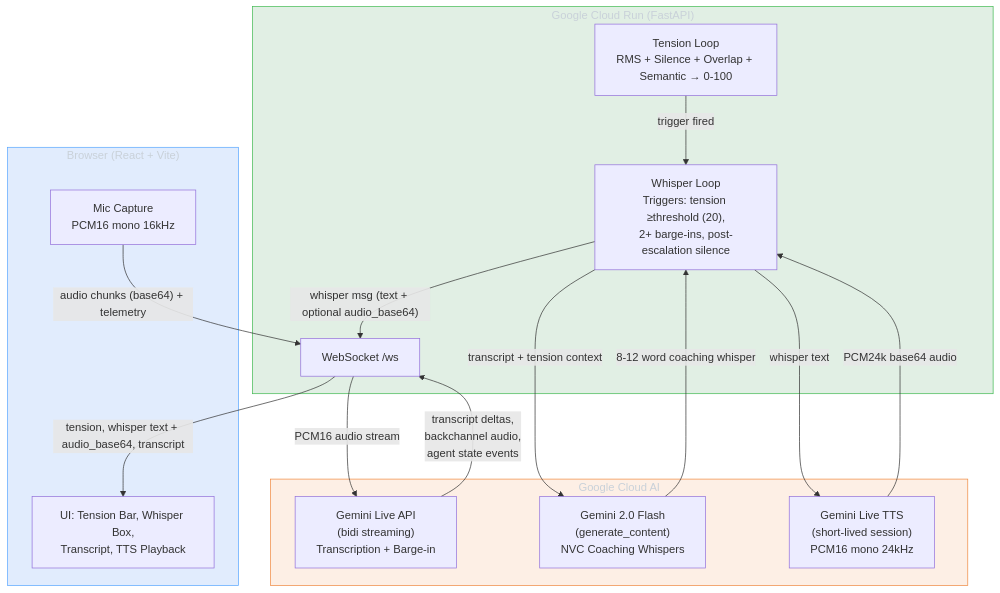
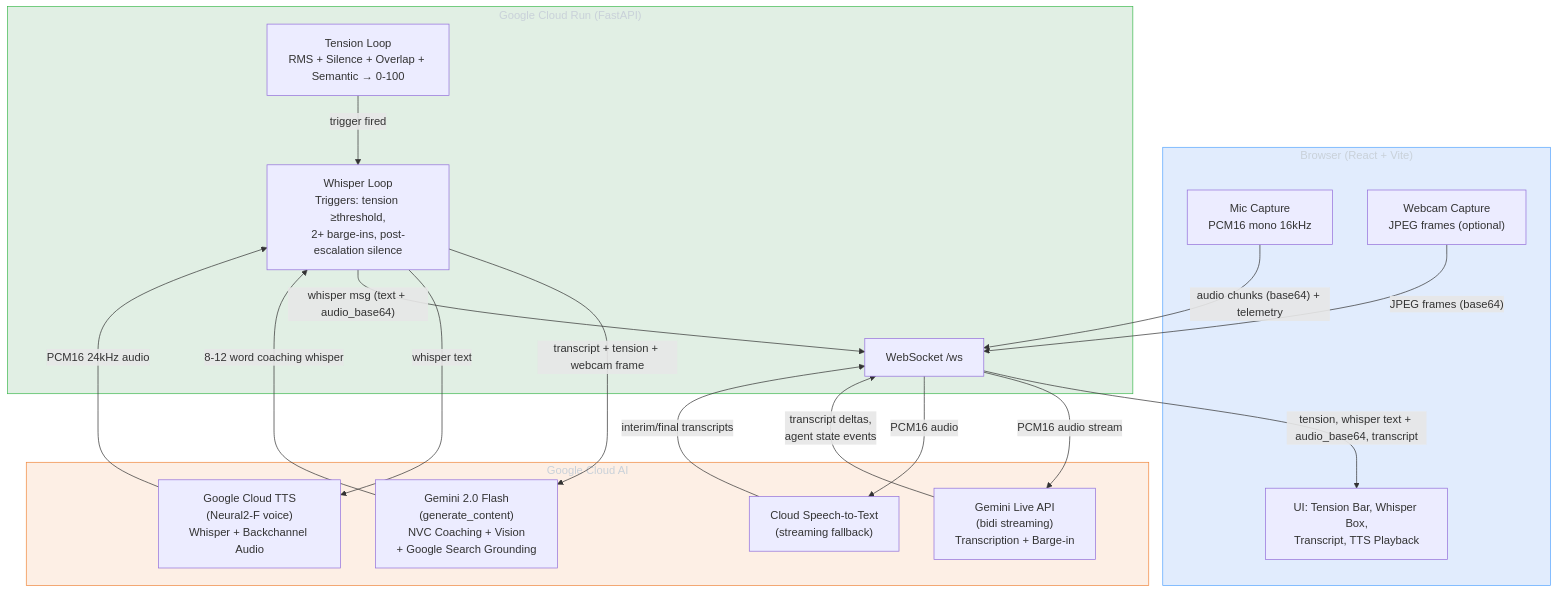
The diagram in docs/ARCHITECTURE.md (prabhakaran-jm/gemini-live-empathic-copilot), drawn with Mermaid before and after one commit. The commit also changed other lines of this file and 4 other files, not shown here.

First line of the commit message:
docs: enable grounding by default, update docs to reflect current architecture

````diff
--- a/docs/ARCHITECTURE.md
+++ b/docs/ARCHITECTURE.md
@@ -5,34 +5,39 @@
 ```mermaid
 graph TB
     subgraph Browser ["Browser (React + Vite)"]
         MIC["Mic Capture<br/>PCM16 mono 16kHz"]
+        CAM["Webcam Capture<br/>JPEG frames (optional)"]
         UI["UI: Tension Bar, Whisper Box,<br/>Transcript, TTS Playback"]
     end
 
     subgraph CloudRun ["Google Cloud Run (FastAPI)"]
         WS["WebSocket /ws"]
         TL["Tension Loop<br/>RMS + Silence + Overlap + Semantic → 0-100"]
-        WL["Whisper Loop<br/>Triggers: tension ≥threshold (20),<br/>2+ barge-ins, post-escalation silence"]
+        WL["Whisper Loop<br/>Triggers: tension ≥threshold,<br/>2+ barge-ins, post-escalation silence"]
     end
 
     subgraph GCP ["Google Cloud AI"]
         LIVE["Gemini Live API<br/>(bidi streaming)<br/>Transcription + Barge-in"]
-        FLASH["Gemini 2.0 Flash<br/>(generate_content)<br/>NVC Coaching Whispers"]
-        LIVETTS["Gemini Live TTS<br/>(short-lived session)<br/>PCM16 mono 24kHz"]
+        FLASH["Gemini 2.0 Flash<br/>(generate_content)<br/>NVC Coaching + Vision<br/>+ Google Search Grounding"]
+        TTS["Google Cloud TTS<br/>(Neural2-F voice)<br/>Whisper + Backchannel Audio"]
+        STT["Cloud Speech-to-Text<br/>(streaming fallback)"]
     end
 
     MIC -- "audio chunks (base64) + telemetry" --> WS
+    CAM -- "JPEG frames (base64)" --> WS
     WS -- "tension, whisper text + audio_base64, transcript" --> UI
     WS -- "PCM16 audio stream" --> LIVE
-    LIVE -- "transcript deltas,<br/>backchannel audio,<br/>agent state events" --> WS
+    LIVE -- "transcript deltas,<br/>agent state events" --> WS
     TL -- "trigger fired" --> WL
-    WL -- "transcript + tension context" --> FLASH
+    WL -- "transcript + tension + webcam frame" --> FLASH
     FLASH -- "8-12 word coaching whisper" --> WL
-    WL -- "whisper text" --> LIVETTS
-    LIVETTS -- "PCM24k base64 audio" --> WL
-    WL -- "whisper msg (text + optional audio_base64)" --> WS
+    WL -- "whisper text" --> TTS
+    TTS -- "PCM16 24kHz audio" --> WL
+    WL -- "whisper msg (text + audio_base64)" --> WS
+    WS -- "PCM16 audio" --> STT
+    STT -- "interim/final transcripts" --> WS
 
     style Browser fill:#1f6feb22,stroke:#58a6ff,color:#c9d1d9
     style CloudRun fill:#23863622,stroke:#3fb950,color:#c9d1d9
     style GCP fill:#f0883e22,stroke:#f0883e,color:#c9d1d9
 ```
````
